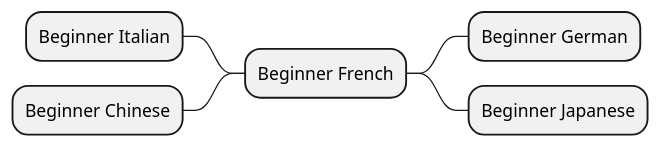
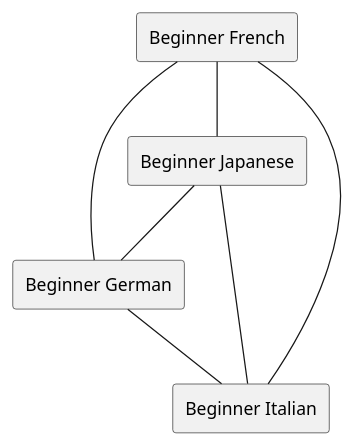
One commit to ishgroup/onCourseDocs changed the first of 6 diagrams in manual/src/courseRelationships.adoc. Above: the diagram before and after it, drawn with PlantUML. The commit also changed other lines of this file, not shown here.

Commit message:
Change diagram types to include arrows and more nice syntax.

```diff
--- a/manual/src/courseRelationships.adoc
+++ b/manual/src/courseRelationships.adoc
@@ -76,9 +76,13 @@
 [plantuml]
 ----
-@startmindmap
-* Beginner French
-** Beginner German
-** Beginner Japanese
--- Beginner Italian
--- Beginner Chinese
+rectangle "Beginner French" as F
+rectangle "Beginner German" as G
+rectangle "Beginner Japanese" as J
+rectangle "Beginner Italian" as I
+F -- G
+F -- I
+F -- J
+G -- I
+J -- I
+J -- G
 ----
```
